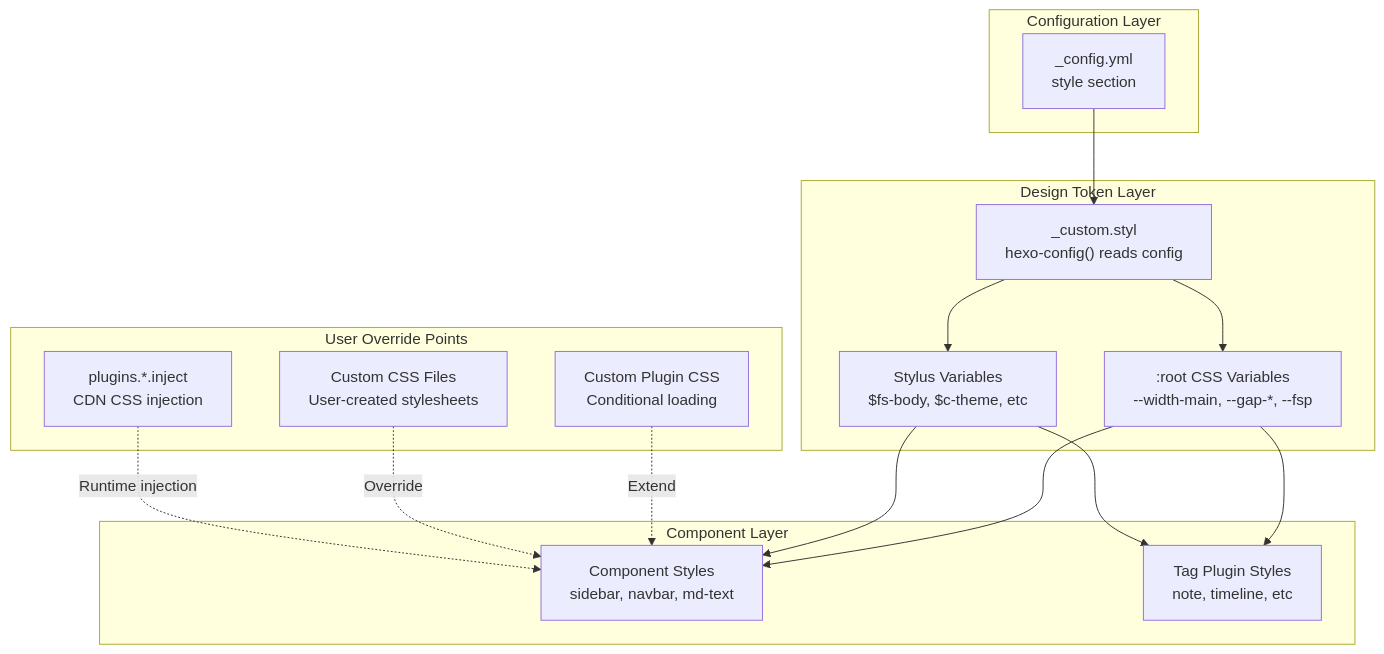
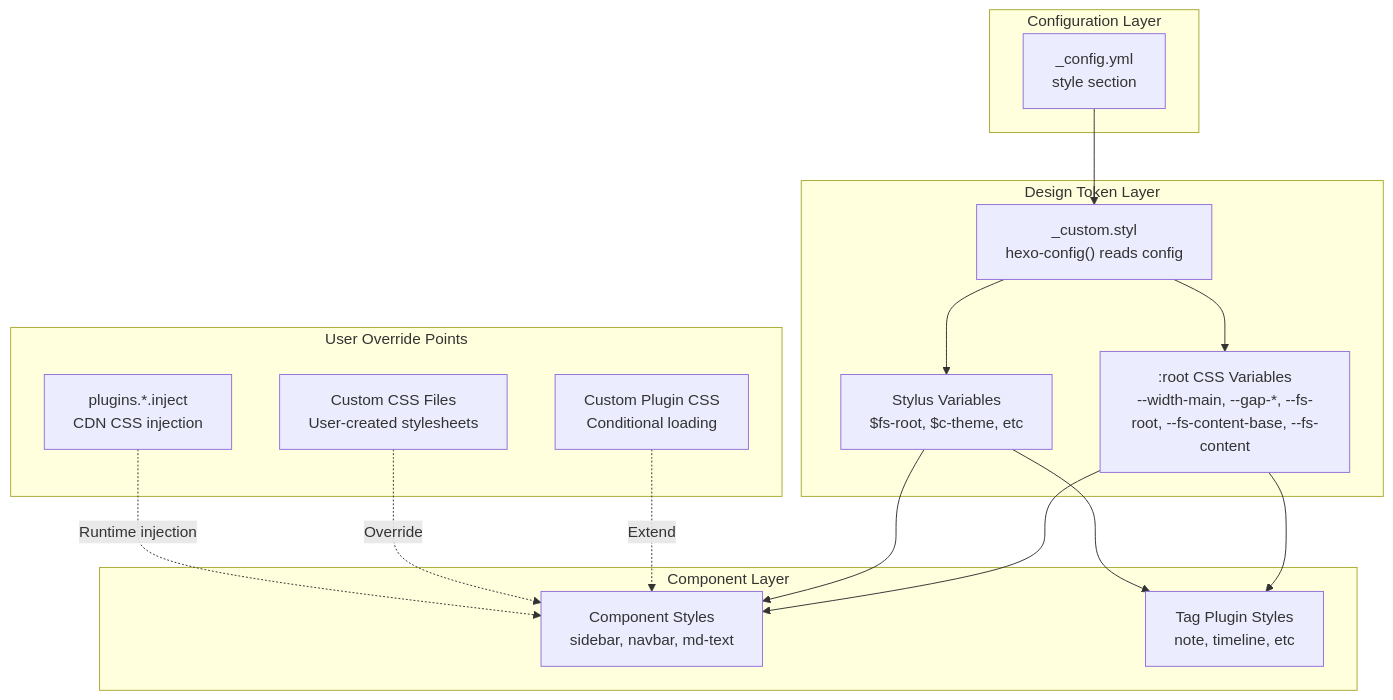
Before and after one commit to xaoxuu/hexo-theme-stellar: the first of 5 diagrams in docs/knowledge/09-高级主题/custom-styling-overrides.md, drawn with Mermaid. The commit also changed other lines of this file and 41 other files, not shown here.

````diff
--- a/docs/knowledge/09-高级主题/custom-styling-overrides.md
+++ b/docs/knowledge/09-高级主题/custom-styling-overrides.md
@@ -37,36 +37,36 @@
 ```mermaid
 graph TB
     subgraph "Configuration Layer"
         CONFIG["_config.yml<br/>style section"]
     end
     
     subgraph "Design Token Layer"
         CUSTOM["_custom.styl<br/>hexo-config() reads config"]
-        STYLUS["Stylus Variables<br/>$fs-body, $c-theme, etc"]
-        CSSROOT[":root CSS Variables<br/>--width-main, --gap-*, --fsp"]
+        STYLUS["Stylus Variables<br/>$fs-root, $c-theme, etc"]
+        CSSROOT[":root CSS Variables<br/>--width-main, --gap-*, --fs-root, --fs-content-base, --fs-content"]
     end
     
     subgraph "User Override Points"
         INJECT["plugins.*.inject<br/>CDN CSS injection"]
         CUSTOMCSS["Custom CSS Files<br/>User-created stylesheets"]
         PLUGINCSS["Custom Plugin CSS<br/>Conditional loading"]
     end
     
     subgraph "Component Layer"
         COMPONENTS["Component Styles<br/>sidebar, navbar, md-text"]
         TAGPLUGINS["Tag Plugin Styles<br/>note, timeline, etc"]
     end
     
     CONFIG --> CUSTOM
     CUSTOM --> STYLUS
     CUSTOM --> CSSROOT
     
     INJECT -.->|"Runtime injection"| COMPONENTS
     CUSTOMCSS -.->|"Override"| COMPONENTS
     PLUGINCSS -.->|"Extend"| COMPONENTS
     
     STYLUS --> COMPONENTS
     CSSROOT --> COMPONENTS
     STYLUS --> TAGPLUGINS
     CSSROOT --> TAGPLUGINS
 ```
````
